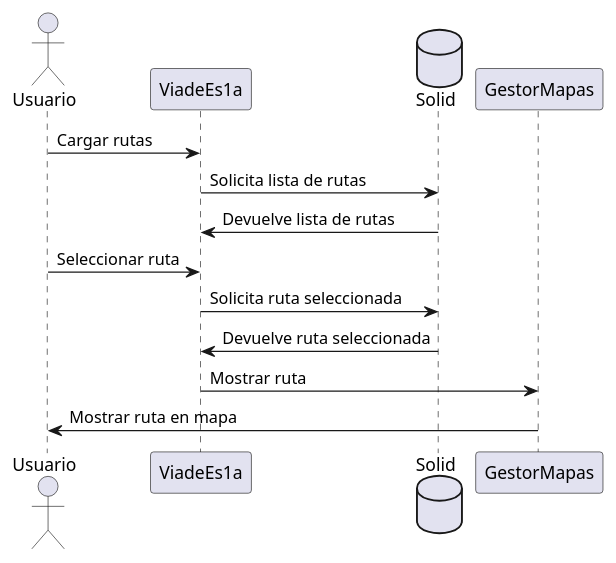
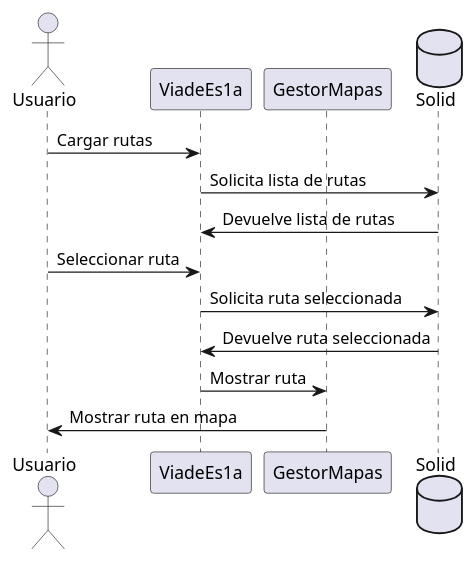
One commit to Arquisoft/viade_es1a changed the third of 4 diagrams in src/docs/06_runtime_view.adoc. Above: the diagram before and after it, drawn with PlantUML.

Commit message:
Corregido orden del diagrama 6.2

```diff
--- a/src/docs/06_runtime_view.adoc
+++ b/src/docs/06_runtime_view.adoc
@@ -43,17 +43,20 @@
 [plantuml,ver ruta,png]
 ----
 @startuml
 
 actor Usuario
+participant ViadeEs1a
+participant GestorMapas
+database Solid
+
 Usuario -> ViadeEs1a:Cargar rutas
-database Solid
 ViadeEs1a -> Solid:Solicita lista de rutas
 Solid -> ViadeEs1a:Devuelve lista de rutas
 Usuario -> ViadeEs1a:Seleccionar ruta
 ViadeEs1a -> Solid:Solicita ruta seleccionada
 Solid -> ViadeEs1a:Devuelve ruta seleccionada
 ViadeEs1a -> GestorMapas:Mostrar ruta
 GestorMapas -> Usuario:Mostrar ruta en mapa
 
 @enduml
 ----
```
